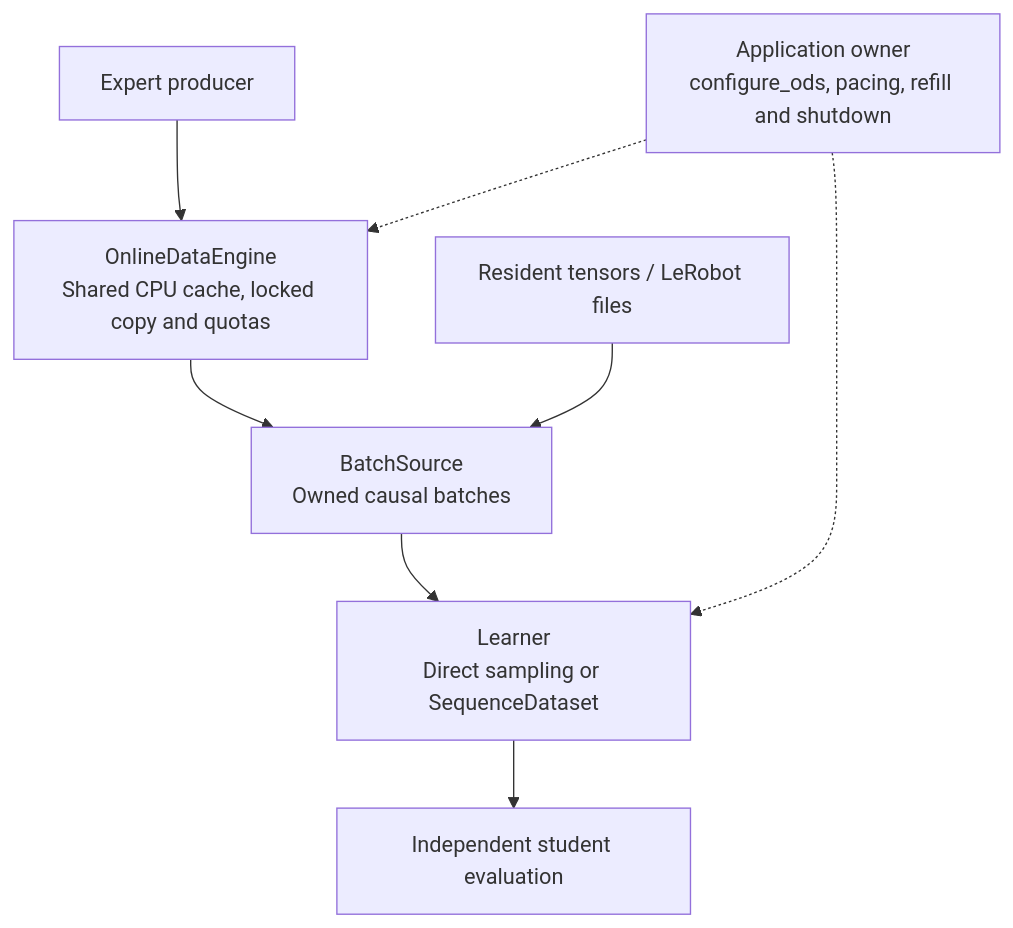
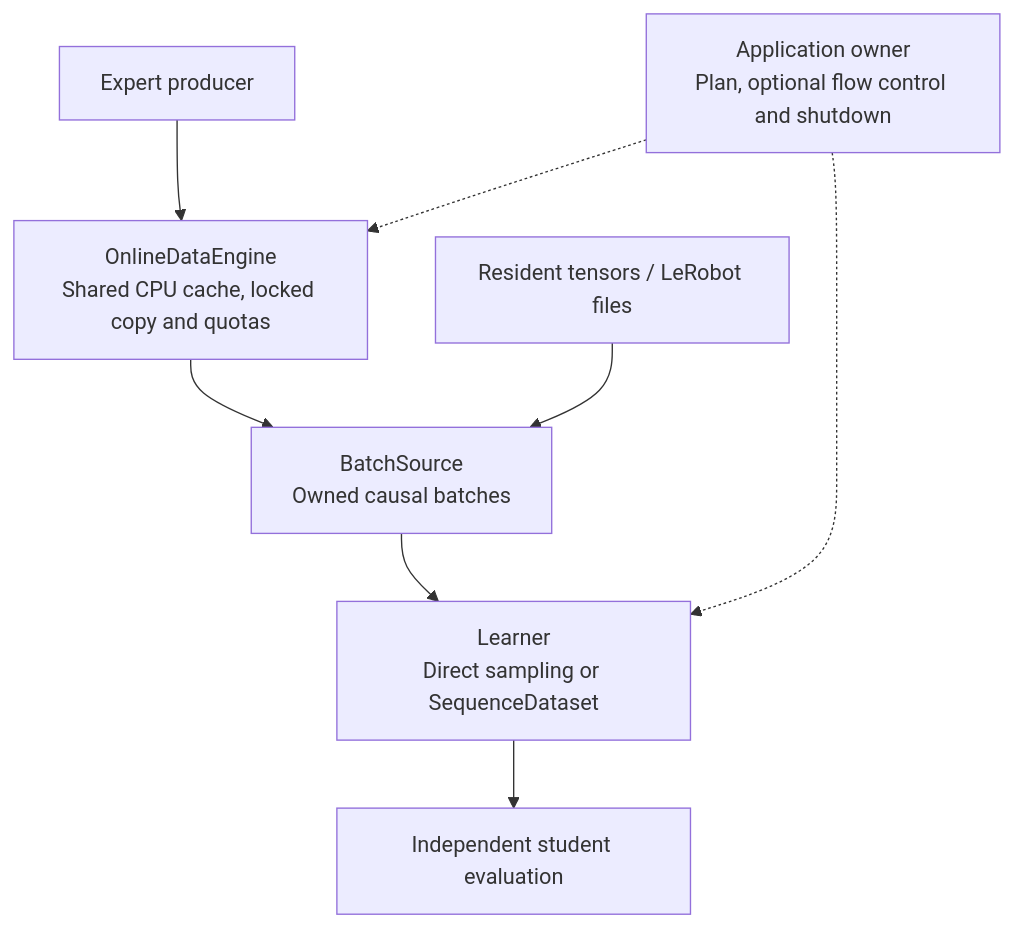
Before and after one commit to CloudEngineHub/EmbodiChain: the diagram in docs/source/features/ods/architecture.md, drawn with Mermaid. The commit also changed other lines of this file and 20 other files, not shown here.

Commit message:
Add ODS owner-side flow control and harden sampling (#850)

````diff
--- a/docs/source/features/ods/architecture.md
+++ b/docs/source/features/ods/architecture.md
@@ -13,11 +13,11 @@
 ```mermaid
 flowchart TB
     Producer["Expert producer"] --> Engine["OnlineDataEngine<br/>Shared CPU cache, locked copy and quotas"]
     Engine --> Source["BatchSource<br/>Owned causal batches"]
     Stored["Resident tensors / LeRobot files"] --> Source
     Source --> Learner["Learner<br/>Direct sampling or SequenceDataset"]
     Learner --> Eval["Independent student evaluation"]
-    Host["Application owner<br/>configure_ods, pacing, refill and shutdown"]
+    Host["Application owner<br/>Plan, optional flow control and shutdown"]
     Host -.-> Engine
     Host -.-> Learner
 ```
````
